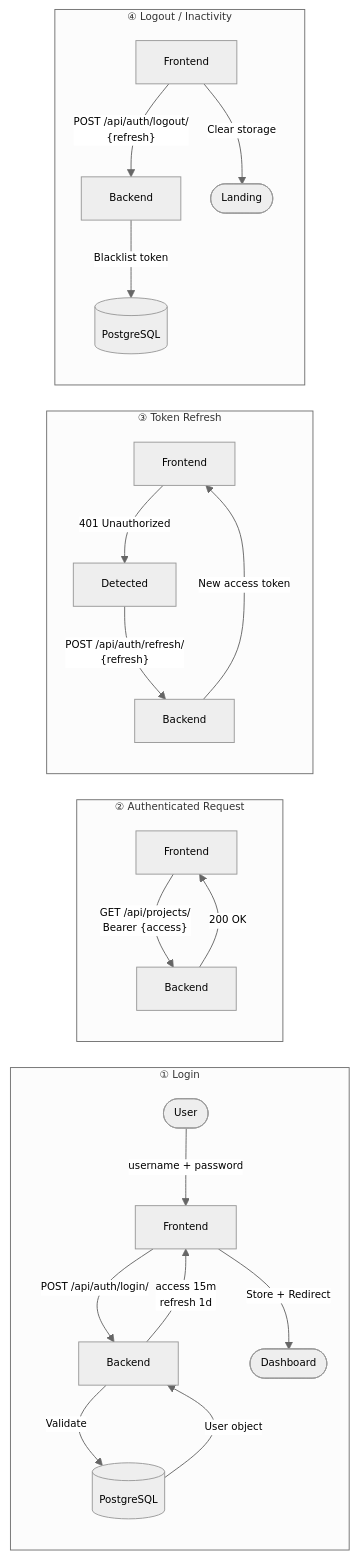
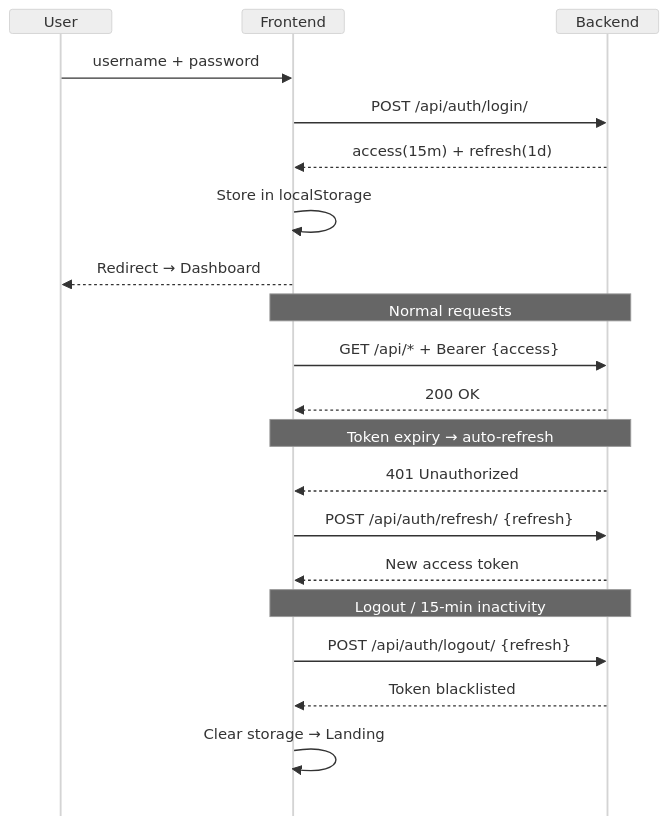
The third of 6 diagrams in README.md (msyafach/tp_doc_ai_agent_revised), drawn with Mermaid before and after one commit.

Commit message:
docs: compact auth sequence diagram (mirrorActors off, 3 participants)
Removes PostgreSQL participant, disables mirrorActors to cut bottom
actor row, reduces font to 10px and message margin to 18 — diagram
now fits on one A3 landscape page.

````diff
--- a/README.md
+++ b/README.md
@@ -435,29 +435,27 @@
 ```mermaid
-%%{init: {"theme": "neutral", "themeVariables": {"fontSize": "11px"}, "flowchart": {"nodeSpacing": 28, "rankSpacing": 42}}}%%
-graph LR
-    subgraph L1["① Login"]
-        U1([User]) -->|"username + password"| F1[Frontend]
-        F1 -->|"POST /api/auth/login/"| B1[Backend]
-        B1 -->|"Validate"| DB1[(PostgreSQL)]
-        DB1 -->|"User object"| B1
-        B1 -->|"access 15m<br/>refresh 1d"| F1
-        F1 -->|"Store + Redirect"| D1([Dashboard])
-    end
+%%{init: {"theme": "neutral", "themeVariables": {"fontSize": "10px"}, "sequence": {"useMaxWidth": true, "mirrorActors": false, "messageMargin": 18, "noteMargin": 5, "width": 110, "height": 26}}}%%
+sequenceDiagram
+    participant U as User
+    participant F as Frontend
+    participant B as Backend
 
-    subgraph L2["② Authenticated Request"]
-        F2[Frontend] -->|"GET /api/projects/<br/>Bearer {access}"| B2[Backend]
-        B2 -->|"200 OK"| F2
-    end
+    U->>F: username + password
+    F->>B: POST /api/auth/login/
+    B-->>F: access(15m) + refresh(1d)
+    F->>F: Store in localStorage
+    F-->>U: Redirect → Dashboard
 
-    subgraph L3["③ Token Refresh"]
-        F3[Frontend] -->|"401 Unauthorized"| R3[Detected]
-        R3 -->|"POST /api/auth/refresh/<br/>{refresh}"| B3[Backend]
-        B3 -->|"New access token"| F3
-    end
+    Note over F,B: Normal requests
+    F->>B: GET /api/* + Bearer {access}
+    B-->>F: 200 OK
 
-    subgraph L4["④ Logout / Inactivity"]
-        F4[Frontend] -->|"POST /api/auth/logout/<br/>{refresh}"| B4[Backend]
-        B4 -->|"Blacklist token"| DB4[(PostgreSQL)]
-        F4 -->|"Clear storage"| E4([Landing])
-    end
+    Note over F,B: Token expiry → auto-refresh
+    B-->>F: 401 Unauthorized
+    F->>B: POST /api/auth/refresh/ {refresh}
+    B-->>F: New access token
+
+    Note over F,B: Logout / 15-min inactivity
+    F->>B: POST /api/auth/logout/ {refresh}
+    B-->>F: Token blacklisted
+    F->>F: Clear storage → Landing
 ```
````
